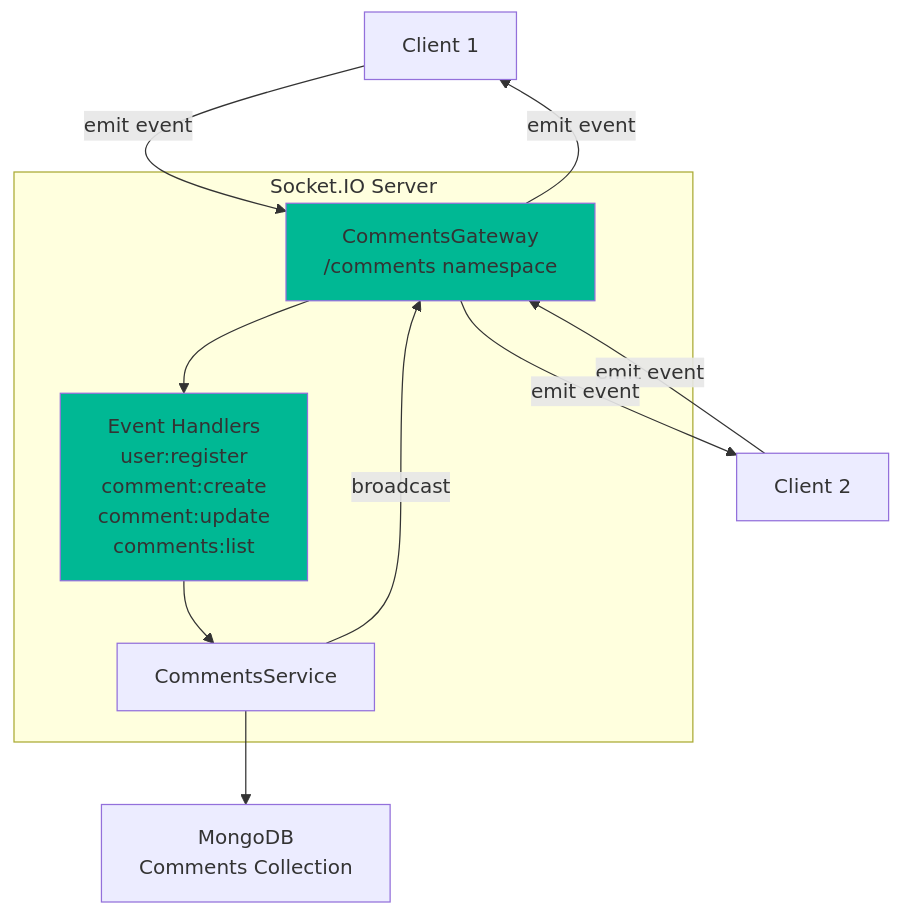
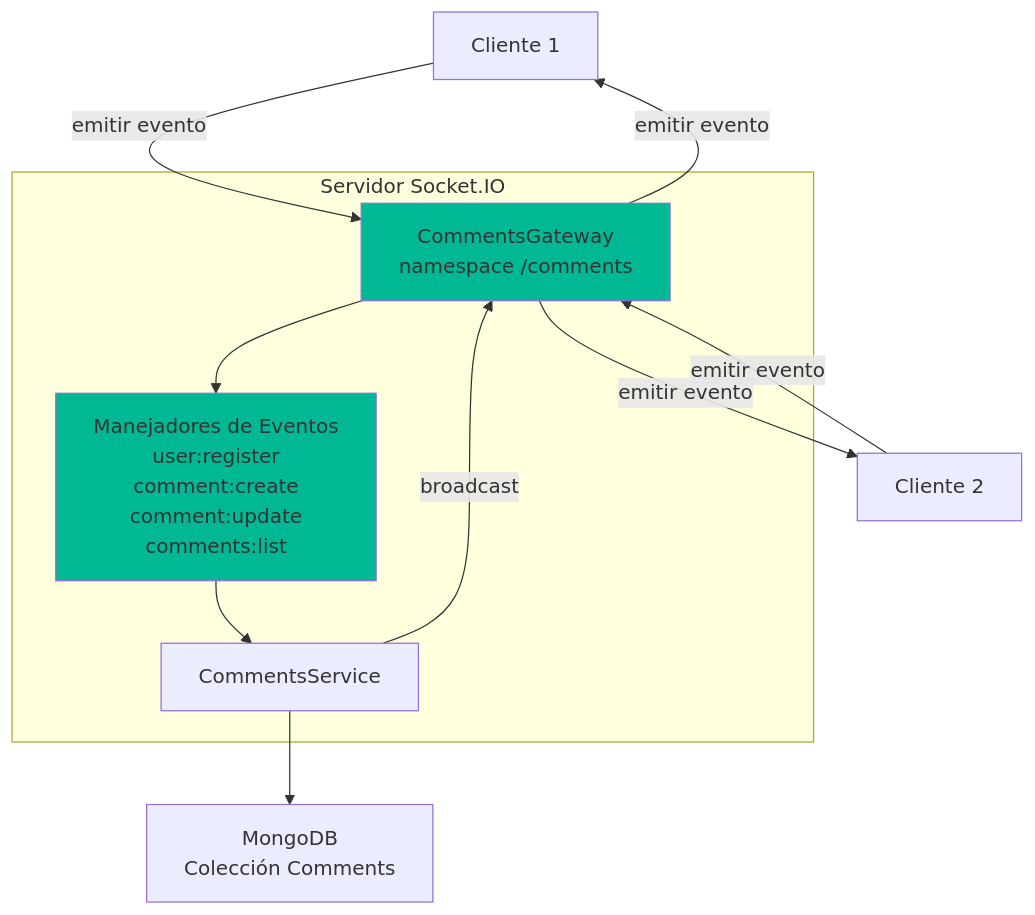
One commit to Byroncl/laboratory-reviews changed diagram 12 of 14 in docs-post-message/docs/backend/architecture/overview.md. Above: the diagram before and after it, drawn with Mermaid. The commit also changed other lines of this file and 17 other files, not shown here.

Commit message:
refactor: implement clean architecture patterns with domains, repositories, use cases, constants, and comprehensive tests

````diff
--- a/docs-post-message/docs/backend/architecture/overview.md
+++ b/docs-post-message/docs/backend/architecture/overview.md
@@ -348,25 +348,25 @@
 ```mermaid
 graph TB
-    Client1["Client 1"]
-    Client2["Client 2"]
+    Client1["Cliente 1"]
+    Client2["Cliente 2"]
     
-    subgraph "Socket.IO Server"
-        Gateway["CommentsGateway<br/>/comments namespace"]
-        Events["Event Handlers<br/>user:register<br/>comment:create<br/>comment:update<br/>comments:list"]
+    subgraph "Servidor Socket.IO"
+        Gateway["CommentsGateway<br/>namespace /comments"]
+        Events["Manejadores de Eventos<br/>user:register<br/>comment:create<br/>comment:update<br/>comments:list"]
         Service["CommentsService"]
     end
     
-    Database["MongoDB<br/>Comments Collection"]
+    Database["MongoDB<br/>Colección Comments"]
     
-    Client1 -->|emit event| Gateway
-    Client2 -->|emit event| Gateway
+    Client1 -->|emitir evento| Gateway
+    Client2 -->|emitir evento| Gateway
     Gateway --> Events
     Events --> Service
     Service --> Database
     Service -->|broadcast| Gateway
-    Gateway -->|emit event| Client1
-    Gateway -->|emit event| Client2
+    Gateway -->|emitir evento| Client1
+    Gateway -->|emitir evento| Client2
     
     style Gateway fill:#00b894
     style Events fill:#00b894
 ```
````
